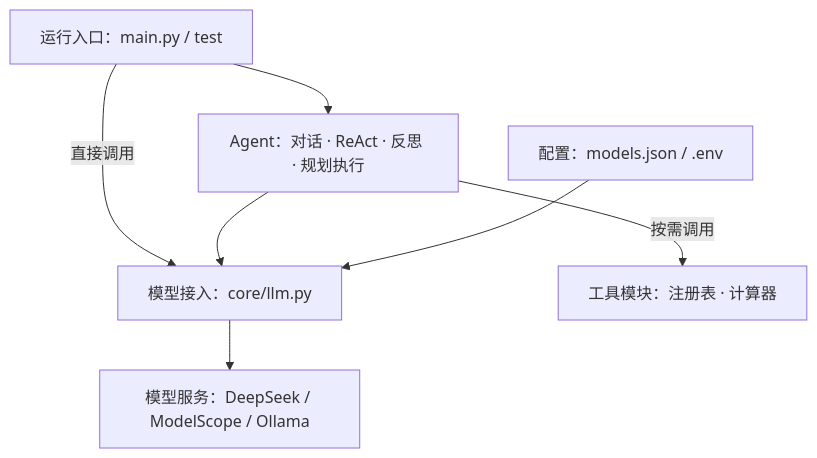
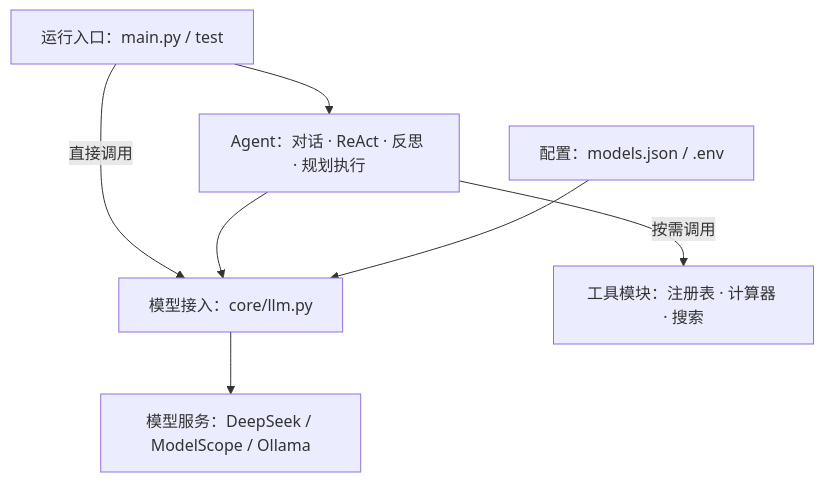
Before and after one commit to SWAlbert-0/agent-practice: the diagram in README.md, drawn with Mermaid. The commit also changed other lines of this file and 9 other files, not shown here.

````diff
--- a/README.md
+++ b/README.md
@@ -30,16 +30,16 @@
 ```mermaid
 flowchart TB
     Entry[运行入口：main.py / test]
     Agents[Agent：对话 · ReAct · 反思 · 规划执行]
     LLM[模型接入：core/llm.py]
-    Tools[工具模块：注册表 · 计算器]
+    Tools[工具模块：注册表 · 计算器 · 搜索]
     Config[配置：models.json / .env]
     Services[模型服务：DeepSeek / ModelScope / Ollama]
 
     Entry --> Agents
     Entry -->|直接调用| LLM
     Agents --> LLM
     Agents -->|按需调用| Tools
     Config --> LLM
     LLM --> Services
 ```
````
